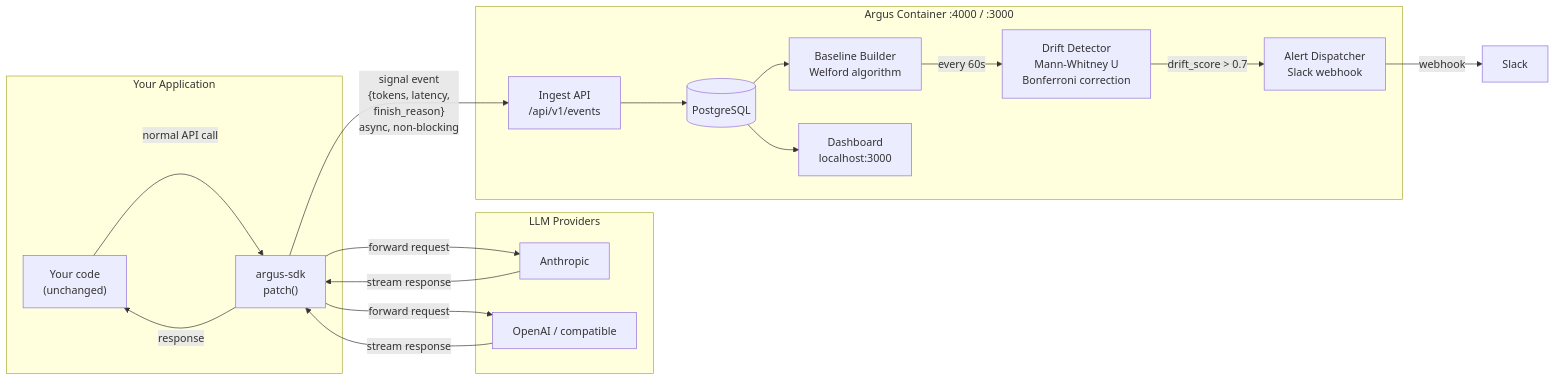
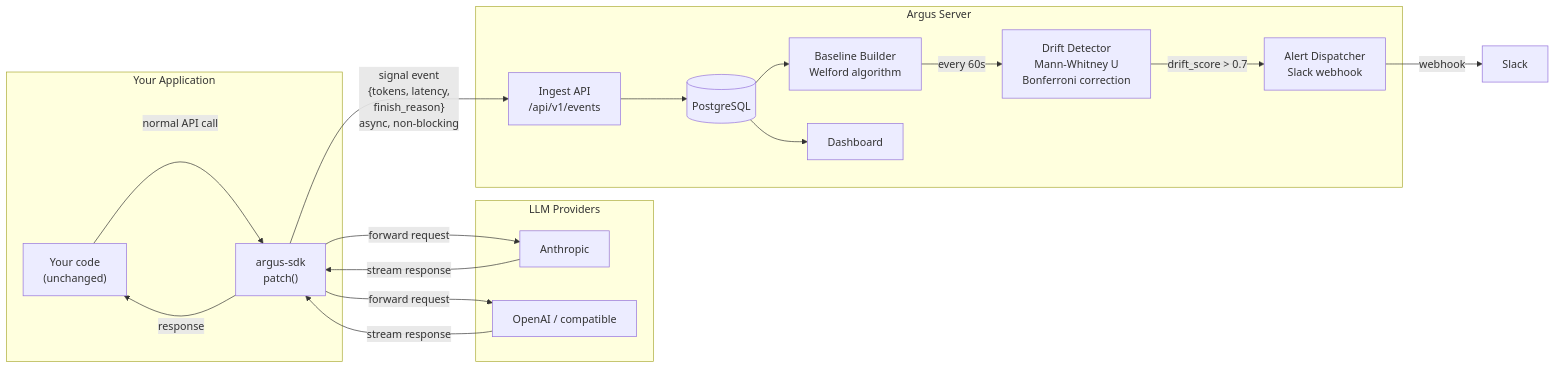
One commit to whozpj/argus changed the diagram in README.md. Above: the diagram before and after it, drawn with Mermaid. The commit also changed other lines of this file and 2 other files, not shown here.

````diff
--- a/README.md
+++ b/README.md
@@ -79,38 +64,38 @@
 ```mermaid
 flowchart LR
     subgraph YOUR_APP["Your Application"]
         CODE["Your code\n(unchanged)"]
         SDK["argus-sdk\npatch()"]
     end
 
     subgraph PROVIDERS["LLM Providers"]
         ANTHROPIC["Anthropic"]
         OPENAI["OpenAI / compatible"]
     end
 
-    subgraph ARGUS["Argus Container  :4000 / :3000"]
+    subgraph ARGUS["Argus Server"]
         INGEST["Ingest API\n/api/v1/events"]
         BASELINE["Baseline Builder\nWelford algorithm"]
         DETECTOR["Drift Detector\nMann-Whitney U\nBonferroni correction"]
         ALERTS["Alert Dispatcher\nSlack webhook"]
         DB[("PostgreSQL")]
-        UI["Dashboard\nlocalhost:3000"]
+        UI["Dashboard"]
     end
 
     EXTERNAL["Slack"]
 
     CODE -->|"normal API call"| SDK
     SDK -->|"forward request"| ANTHROPIC
     SDK -->|"forward request"| OPENAI
     ANTHROPIC -->|"stream response"| SDK
     OPENAI -->|"stream response"| SDK
     SDK -->|"response"| CODE
     SDK -->|"signal event\n{tokens, latency,\nfinish_reason}\nasync, non-blocking"| INGEST
 
     INGEST --> DB
     DB --> BASELINE
     BASELINE -->|"every 60s"| DETECTOR
     DETECTOR -->|"drift_score > 0.7"| ALERTS
     ALERTS -->|"webhook"| EXTERNAL
     DB --> UI
 ```
````
